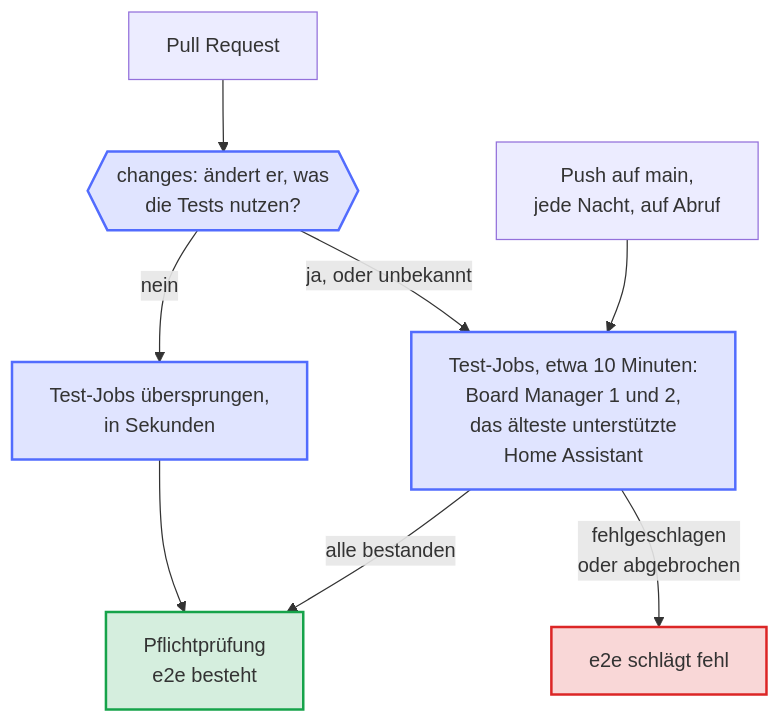
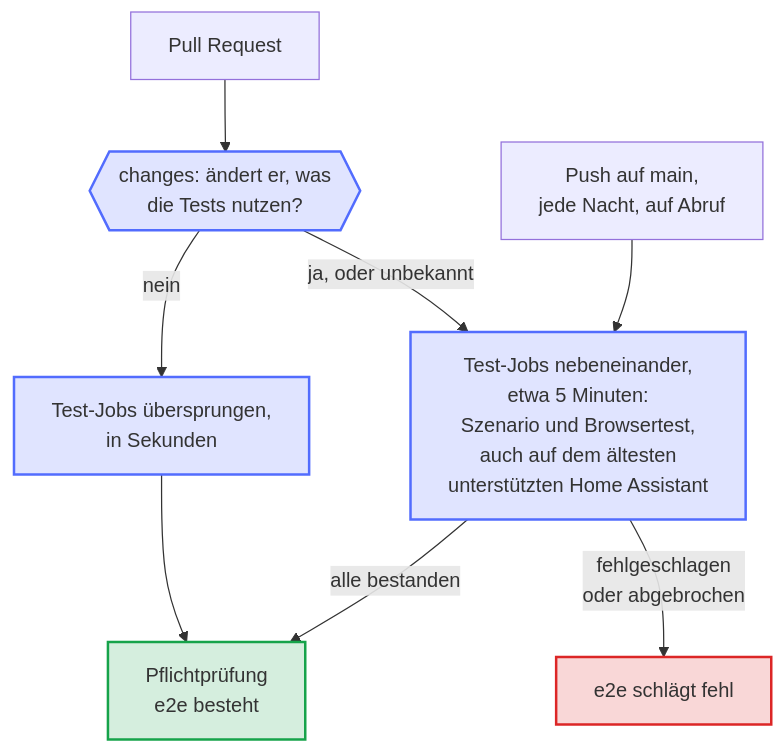
One commit to Dennis-Otto/ha-autodarts changed the diagram in docs/diagrams/e2e-gate.de.mmd. Above: the diagram before and after it, drawn with Mermaid. The commit also changed 24 other files, not shown here.

```diff
--- a/docs/diagrams/e2e-gate.de.mmd
+++ b/docs/diagrams/e2e-gate.de.mmd
@@ -1,23 +1,23 @@
 ---
 config:
   flowchart:
     wrappingWidth: 400
 ---
 flowchart TB
   accTitle: Wann die End-to-End-Tests laufen
   accDescr: Ein Push auf main, der nächtliche Lauf und ein Lauf auf Abruf führen die Test-Jobs immer aus. Für einen Pull Request fragt der Job changes die API nach seinen Dateien; nutzen die Tests eine davon oder sind die Dateien unbekannt, laufen die Test-Jobs, sonst werden sie in Sekunden übersprungen. Die Pflichtprüfung e2e besteht, wenn jeder Test-Job bestanden hat oder keiner laufen musste, und schlägt fehl, wenn ein Job fehlschlug oder abgebrochen wurde.
 
   PR["Pull Request"] --> CHANGES{{"changes: ändert er, was<br/>die Tests nutzen?"}}
   MAIN["Push auf main,<br/>jede Nacht, auf Abruf"] --> TESTS
-  CHANGES -- "ja, oder unbekannt" --> TESTS["Test-Jobs, etwa 10 Minuten:<br/>Board Manager 1 und 2,<br/>das älteste unterstützte<br/>Home Assistant"]
+  CHANGES -- "ja, oder unbekannt" --> TESTS["Test-Jobs nebeneinander,<br/>etwa 5 Minuten:<br/>Szenario und Browsertest,<br/>auch auf dem ältesten<br/>unterstützten Home Assistant"]
   CHANGES -- "nein" --> SKIPPED["Test-Jobs übersprungen,<br/>in Sekunden"]
   TESTS -- "alle bestanden" --> PASS["Pflichtprüfung<br/>e2e besteht"]
   SKIPPED --> PASS
   TESTS -- "fehlgeschlagen<br/>oder abgebrochen" --> FAIL["e2e schlägt fehl"]
 
   classDef bot fill:#526cfe2e,stroke:#526cfe,stroke-width:2px
   classDef done fill:#16a34a2e,stroke:#16a34a,stroke-width:2px
   classDef failed fill:#dc26262e,stroke:#dc2626,stroke-width:2px
   class CHANGES,TESTS,SKIPPED bot
   class PASS done
   class FAIL failed
```
